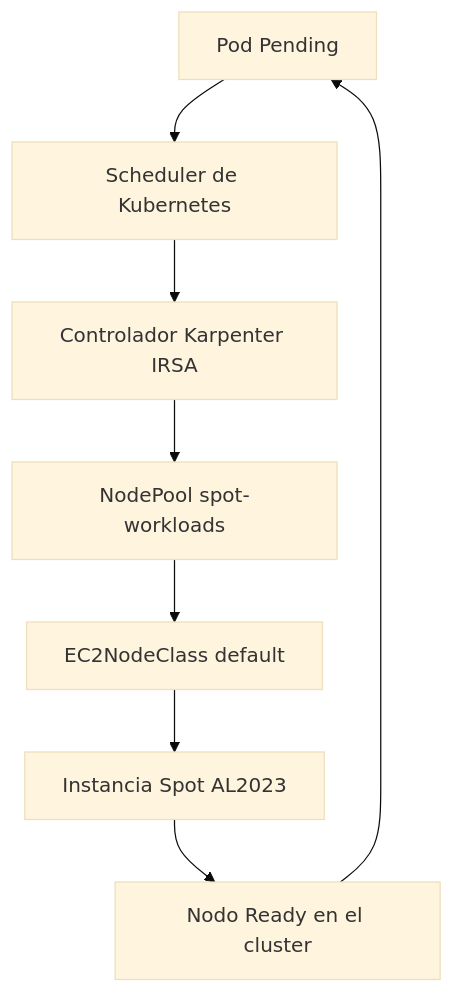
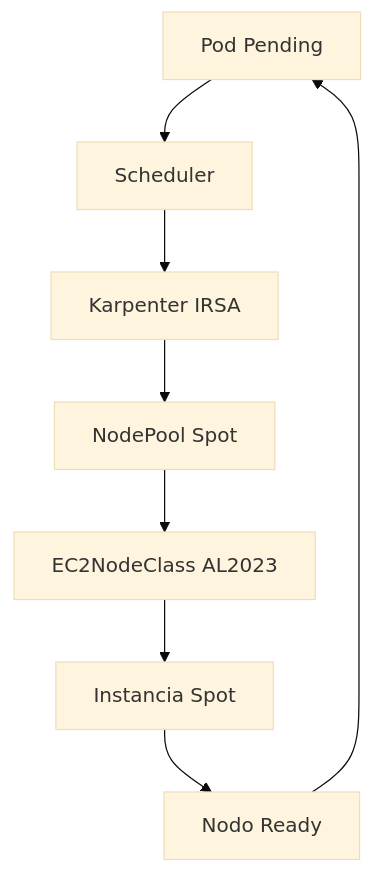
One commit to marlon-figueroa/iac_api_mercado changed the diagram in docs/diagramas/karpenter-provisionamiento.mmd. Above: the diagram before and after it, drawn with Mermaid. The commit also changed 11 other files, not shown here.

Commit message:
Update mermaid configuration, enhance PDF header for better image handling, and refine documentation. Adjusted font size in mermaid config, improved LaTeX settings to prevent image overflow, and clarified diagram generation process in the documentation.

```diff
--- a/docs/diagramas/karpenter-provisionamiento.mmd
+++ b/docs/diagramas/karpenter-provisionamiento.mmd
@@ -1,11 +1,9 @@
 %%{init: {'theme': 'base', 'flowchart': {'useMaxWidth': false}}}%%
 flowchart TB
-  Pod[Pod Pending]
-  Sched[Scheduler de Kubernetes]
-  Ctrl[Controlador Karpenter IRSA]
-  Pool[NodePool spot-workloads]
-  Class[EC2NodeClass default]
-  Ec2[Instancia Spot AL2023]
-  Join[Nodo Ready en el cluster]
-
-  Pod --> Sched --> Ctrl --> Pool --> Class --> Ec2 --> Join --> Pod
+  Pod[Pod Pending] --> Sched[Scheduler]
+  Sched --> Ctrl[Karpenter IRSA]
+  Ctrl --> Pool[NodePool Spot]
+  Pool --> Class[EC2NodeClass AL2023]
+  Class --> Ec2[Instancia Spot]
+  Ec2 --> Join[Nodo Ready]
+  Join --> Pod
```
